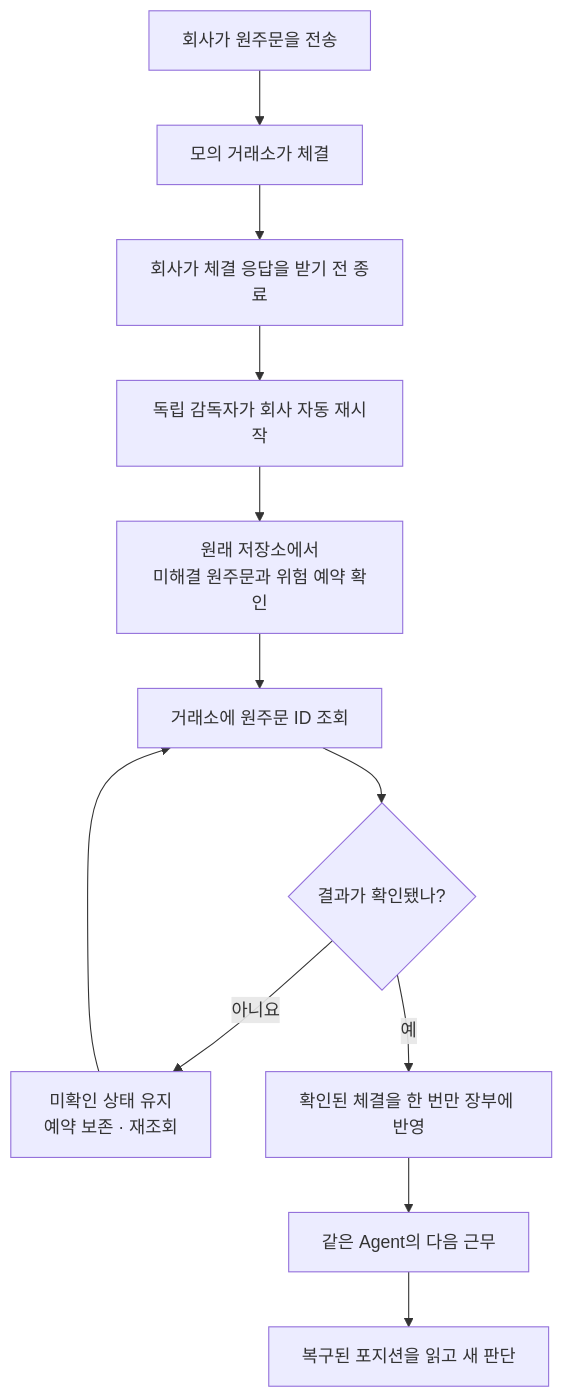
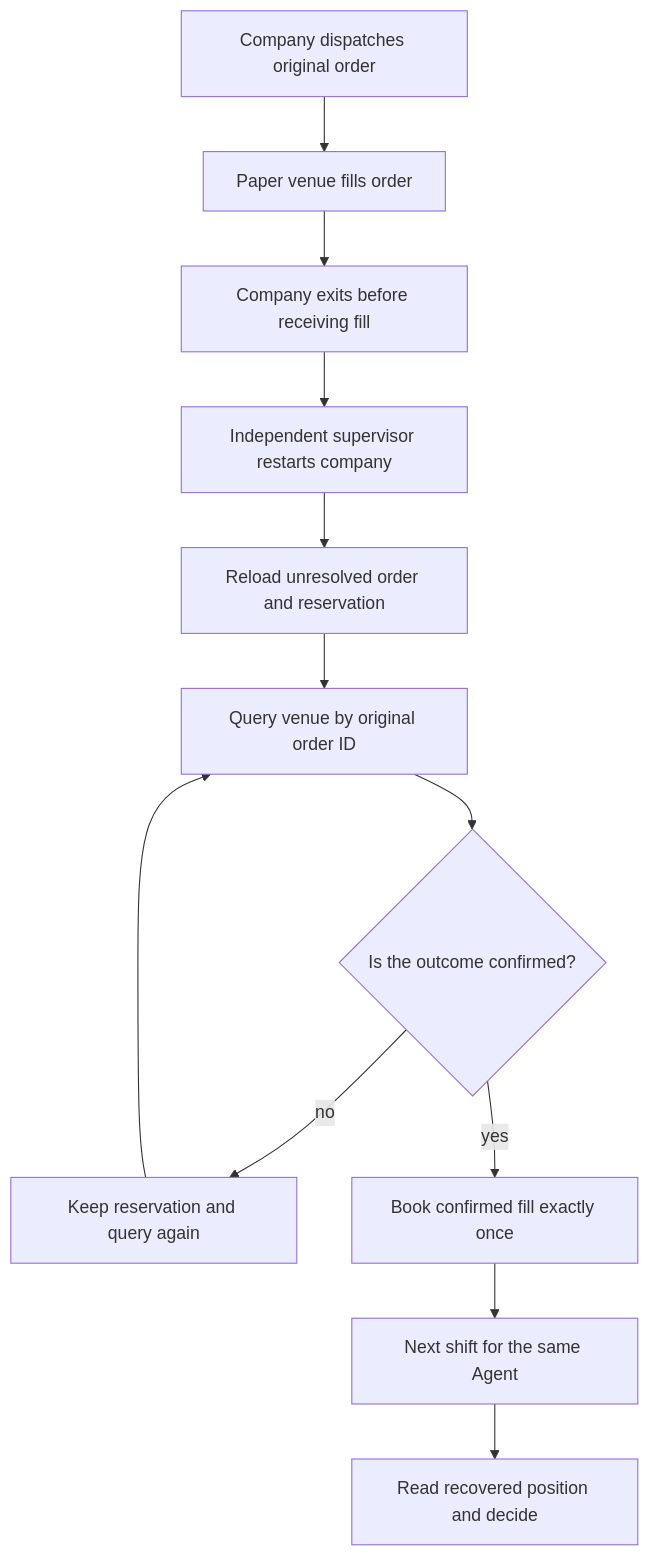
One commit to openboa-ai/sourdough changed diagram 13 of 16 in docs/company-agent-quant.md. Above: the diagram before and after it, drawn with Mermaid. The commit also changed other lines of this file and 29 other files, not shown here.

````diff
--- a/docs/company-agent-quant.md
+++ b/docs/company-agent-quant.md
@@ -346,17 +341,17 @@
 ```mermaid
 flowchart TD
-    Send["회사가 원주문을 전송"]
-    Fill["모의 거래소가 체결"]
-    Crash["회사가 체결 응답을 받기 전 종료"]
-    Restart["독립 감독자가 회사 자동 재시작"]
-    Load["원래 저장소에서<br/>미해결 원주문과 위험 예약 확인"]
-    Query["거래소에 원주문 ID 조회"]
-    Known{"결과가 확인됐나?"}
-    Unknown["미확인 상태 유지<br/>예약 보존 · 재조회"]
-    Book["확인된 체결을 한 번만 장부에 반영"]
-    Wake["같은 Agent의 다음 근무"]
-    Decide["복구된 포지션을 읽고 새 판단"]
+    Send["Company dispatches original order"]
+    Fill["Paper venue fills order"]
+    Crash["Company exits before receiving fill"]
+    Restart["Independent supervisor restarts company"]
+    Load["Reload unresolved order and reservation"]
+    Query["Query venue by original order ID"]
+    Known{"Is the outcome confirmed?"}
+    Unknown["Keep reservation and query again"]
+    Book["Book confirmed fill exactly once"]
+    Wake["Next shift for the same Agent"]
+    Decide["Read recovered position and decide"]
     Send --> Fill --> Crash --> Restart --> Load --> Query --> Known
-    Known -->|아니요| Unknown --> Query
-    Known -->|예| Book --> Wake --> Decide
+    Known -->|no| Unknown --> Query
+    Known -->|yes| Book --> Wake --> Decide
 ```
````
